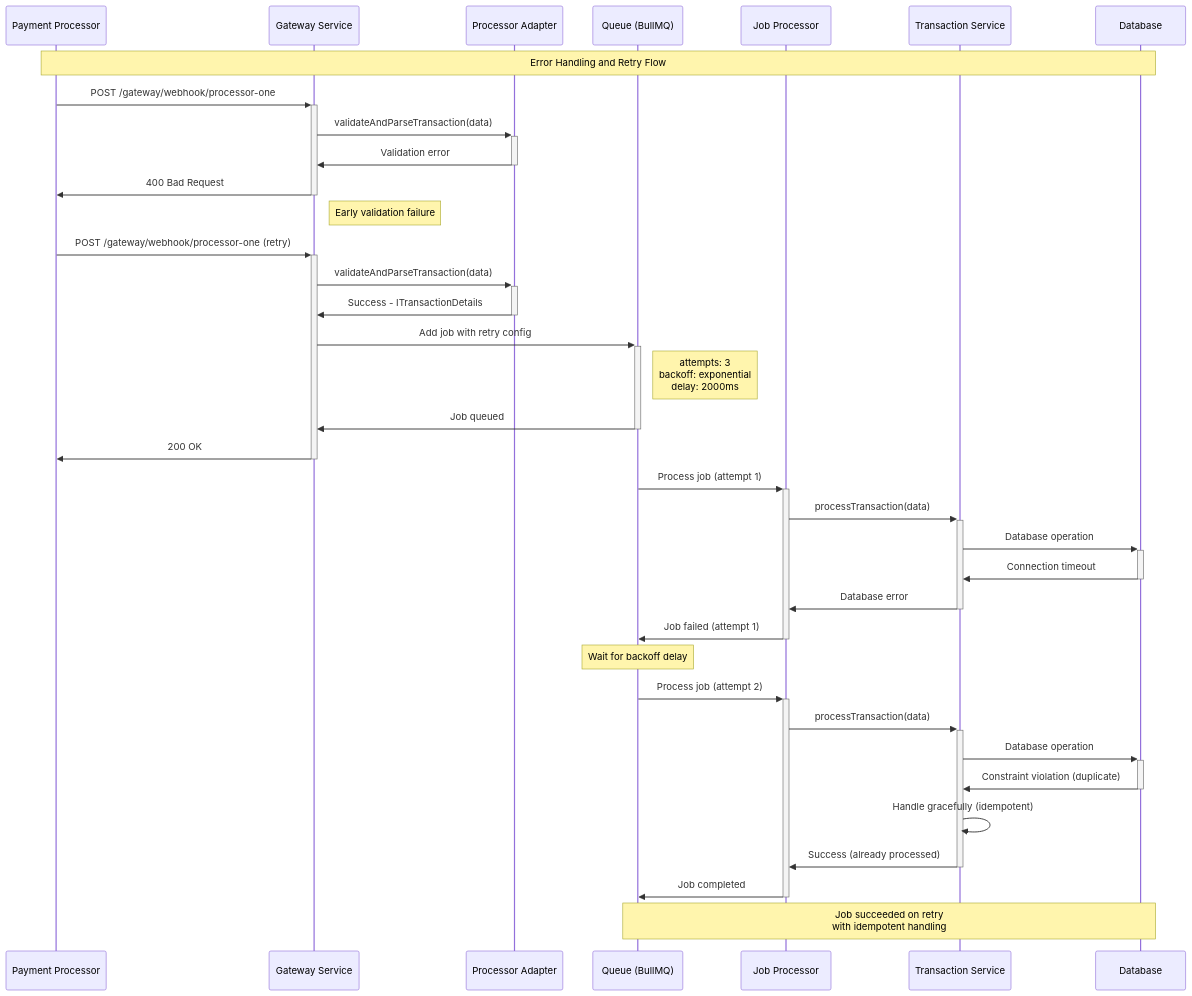
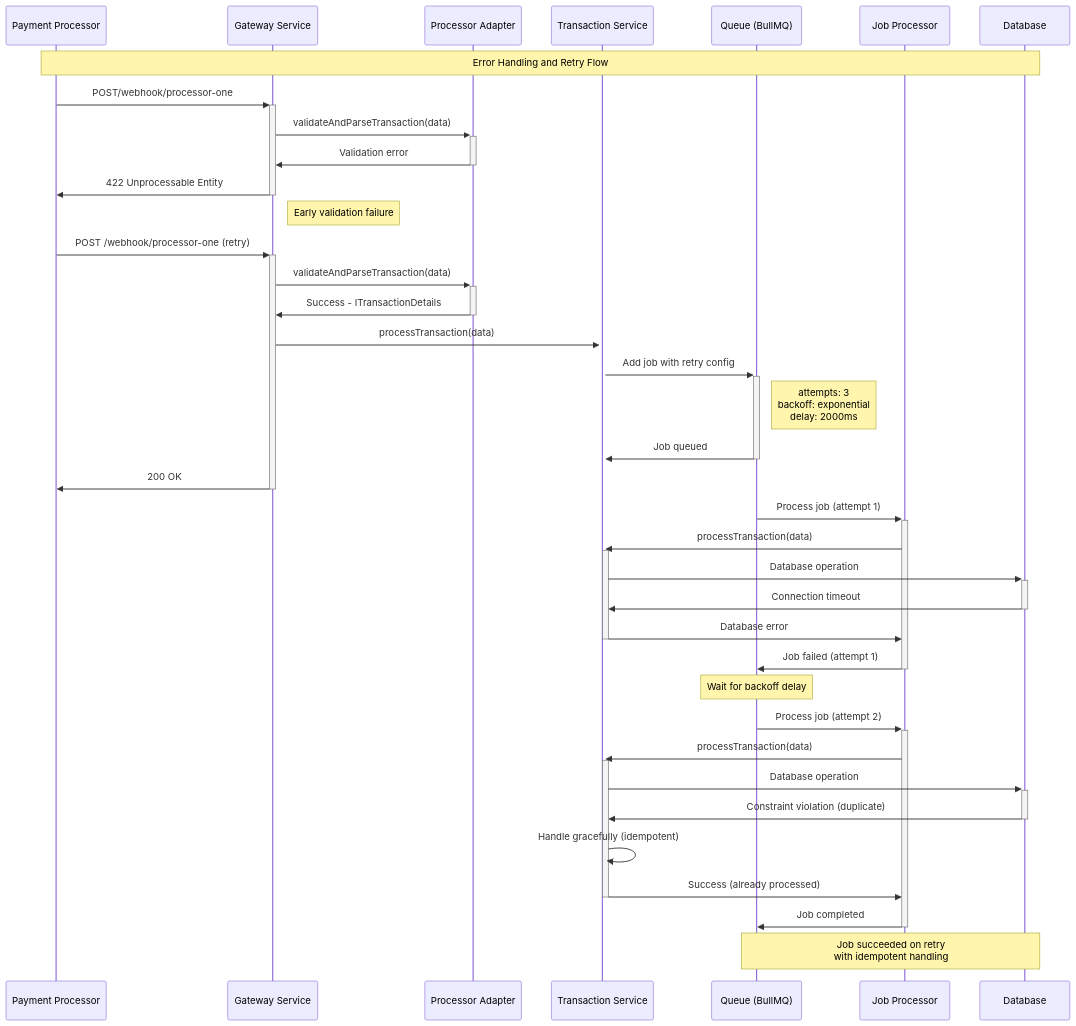
The fifth of 6 diagrams in docs/SEQUENCE_DIAGRAMS.md (Abdallah-Zidan/pemo-task), drawn with Mermaid before and after one commit. The commit also changed other lines of this file, not shown here.

Commit message:
feat: finalize sequence diagrams

````diff
--- a/docs/SEQUENCE_DIAGRAMS.md
+++ b/docs/SEQUENCE_DIAGRAMS.md
@@ -231,48 +231,49 @@
 ```mermaid
 sequenceDiagram
     participant PP as Payment Processor
     participant GW as Gateway Service
     participant PA as Processor Adapter
+    participant TS as Transaction Service
     participant Q as Queue (BullMQ)
     participant JP as Job Processor
-    participant TS as Transaction Service
     participant DB as Database
 
     Note over PP,DB: Error Handling and Retry Flow
 
-    PP->>+GW: POST /gateway/webhook/processor-one
+    PP->>+GW: POST/webhook/processor-one
     
     GW->>+PA: validateAndParseTransaction(data)
     PA->>-GW: Validation error
     
-    GW->>-PP: 400 Bad Request
+    GW->>-PP: 422 Unprocessable Entity
     Note right of GW: Early validation failure
 
-    PP->>+GW: POST /gateway/webhook/processor-one (retry)
+    PP->>+GW: POST /webhook/processor-one (retry)
     GW->>+PA: validateAndParseTransaction(data)
     PA->>-GW: Success - ITransactionDetails
     
-    GW->>+Q: Add job with retry config
+    GW->>+TS: processTransaction(data)
+    TS->>+Q: Add job with retry config
     Note right of Q: attempts: 3<br/>backoff: exponential<br/>delay: 2000ms
-    Q->>-GW: Job queued
+    Q->>-TS: Job queued
     GW->>-PP: 200 OK
 
     Q->>+JP: Process job (attempt 1)
     JP->>+TS: processTransaction(data)
     TS->>+DB: Database operation
     DB->>-TS: Connection timeout
     TS->>-JP: Database error
     JP->>-Q: Job failed (attempt 1)
 
     Note over Q: Wait for backoff delay
 
     Q->>+JP: Process job (attempt 2)
     JP->>+TS: processTransaction(data)
     TS->>+DB: Database operation
     DB->>-TS: Constraint violation (duplicate)
     TS->>TS: Handle gracefully (idempotent)
     TS->>-JP: Success (already processed)
     JP->>-Q: Job completed
 
     Note over Q,DB: Job succeeded on retry<br/>with idempotent handling
 ```
````
